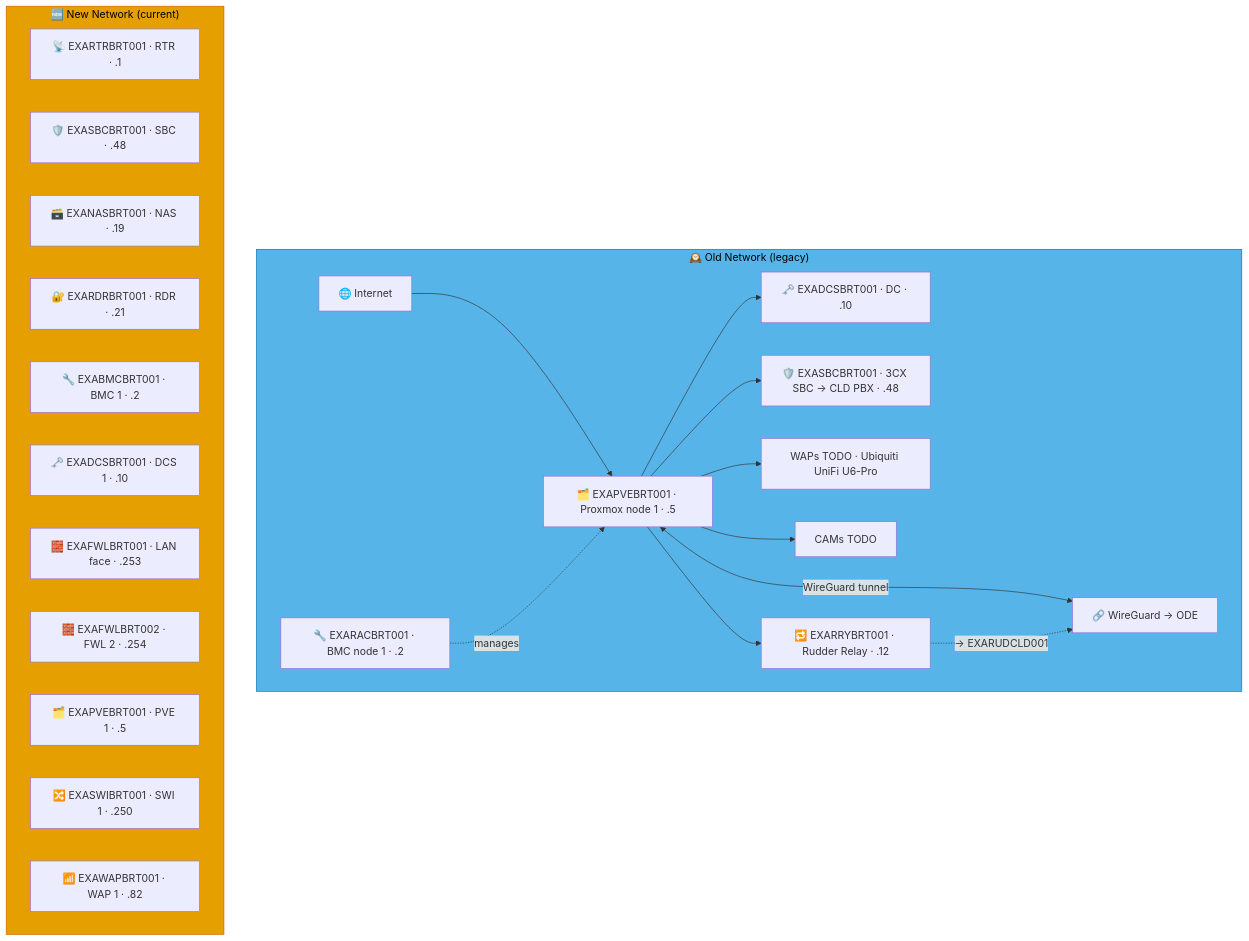
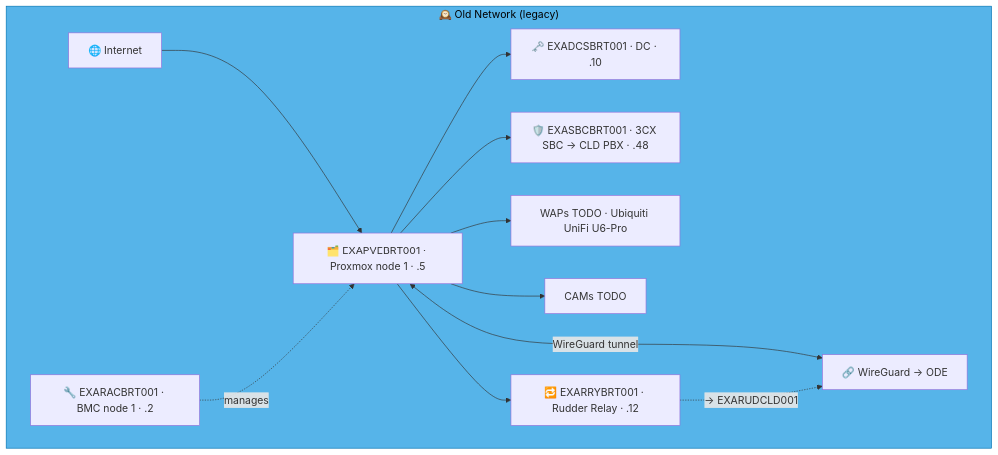
Before and after one commit to knightmare2600/example_music_infra: the first of 2 diagrams in docs/network-diagram/lebanon.md, drawn with Mermaid. The commit also changed other lines of this file and 35 other files, not shown here.

````diff
--- a/docs/network-diagram/lebanon.md
+++ b/docs/network-diagram/lebanon.md
@@ -16,39 +16,23 @@
 ```mermaid
 graph TD
     subgraph OLD_BRT ["🕰️ Old Network (legacy)"]
       INET["🌐 Internet"]
       RAC["🔧 EXARACBRT001 · BMC node 1 · .2"]
       PVE["🗂️ EXAPVEBRT001 · Proxmox node 1 · .5"]
       DC["🗝️ EXADCSBRT001 · DC · .10"]
       SBC["🛡️ EXASBCBRT001 · 3CX SBC → CLD PBX · .48"]
       RRY["🔁 EXARRYBRT001 · Rudder Relay · .12"]
       WAP["WAPs TODO · Ubiquiti UniFi U6-Pro"]
       CAM["CAMs TODO"]
       VPN["🔗 WireGuard → ODE"]
 
       INET --> PVE --> DC & SBC
       RAC -.->|"manages"| PVE
       PVE --> WAP & CAM
       PVE <-->|"WireGuard tunnel"| VPN
 
       PVE --> RRY
       RRY -. "→ EXARUDCLD001" .-> VPN
     end
     style OLD_BRT fill:#56B4E9,stroke:#0072B2,color:#000000
-    %% GENERATED:NEW-NETWORK:BRT:START
-    subgraph NEW_BRT ["🆕 New Network (current)"]
-      N_RTR["📡 EXARTRBRT001 · RTR · .1"]
-      N_SBC["🛡️ EXASBCBRT001 · SBC · .48"]
-      N_NAS["🗃️ EXANASBRT001 · NAS · .19"]
-      N_RDR["🔐 EXARDRBRT001 · RDR · .21"]
-      N_BMC["🔧 EXABMCBRT001 · BMC 1 · .2"]
-      N_DCS["🗝️ EXADCSBRT001 · DCS 1 · .10"]
-      N_FWL["🧱 EXAFWLBRT001 · LAN face · .253"]
-      N_FWL2["🧱 EXAFWLBRT002 · FWL 2 · .254"]
-      N_PVE["🗂️ EXAPVEBRT001 · PVE 1 · .5"]
-      N_SWI["🔀 EXASWIBRT001 · SWI 1 · .250"]
-      N_WAP["📶 EXAWAPBRT001 · WAP 1 · .82"]
-    end
-    style NEW_BRT fill:#E69F00,stroke:#D55E00,color:#000000
-    %% GENERATED:NEW-NETWORK:BRT:END
 ```
````
